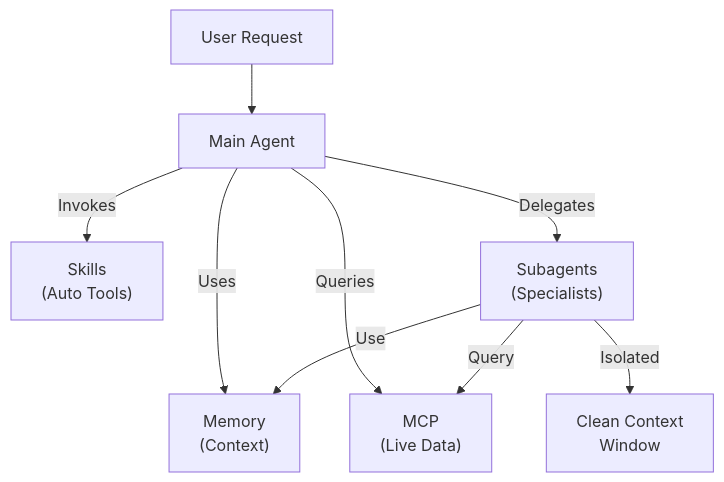
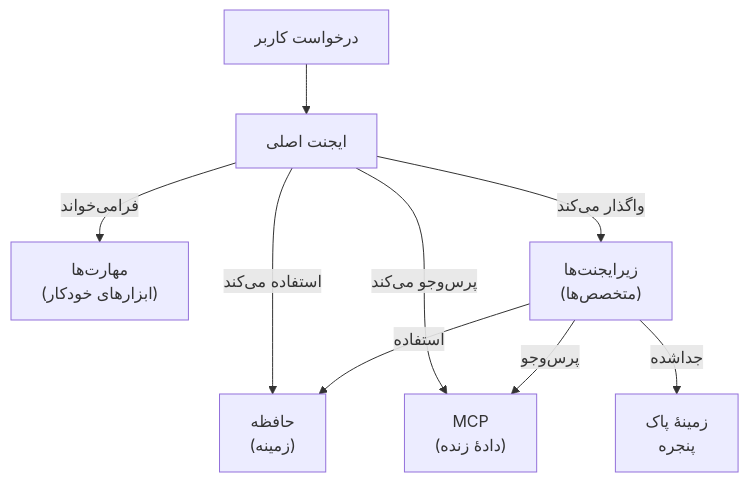
Before and after one commit to hassanbht/claude-howto: the seventh of 7 diagrams in fa/04-subagents/README.md, drawn with Mermaid. The commit also changed other lines of this file and 53 other files, not shown here.

````diff
--- a/fa/04-subagents/README.md
+++ b/fa/04-subagents/README.md
@@ -1296,12 +1294,12 @@
 ```mermaid
 graph TD
-    User["User Request"] --> Main["Main Agent"]
-    Main -->|Uses| Memory["Memory<br/>(Context)"]
-    Main -->|Queries| MCP["MCP<br/>(Live Data)"]
-    Main -->|Invokes| Skills["Skills<br/>(Auto Tools)"]
-    Main -->|Delegates| Subagents["Subagents<br/>(Specialists)"]
+    User["درخواست کاربر"] --> Main["ایجنت اصلی"]
+    Main -->|استفاده می‌کند| Memory["حافظه<br/>(زمینه)"]
+    Main -->|پرس‌وجو می‌کند| MCP["MCP<br/>(دادهٔ زنده)"]
+    Main -->|فرامی‌خواند| Skills["مهارت‌ها<br/>(ابزارهای خودکار)"]
+    Main -->|واگذار می‌کند| Subagents["زیرایجنت‌ها<br/>(متخصص‌ها)"]
 
-    Subagents -->|Use| Memory
-    Subagents -->|Query| MCP
-    Subagents -->|Isolated| Context["Clean Context<br/>Window"]
+    Subagents -->|استفاده| Memory
+    Subagents -->|پرس‌وجو| MCP
+    Subagents -->|جداشده| Context["زمینهٔ پاک<br/>پنجره"]
 ```
````
